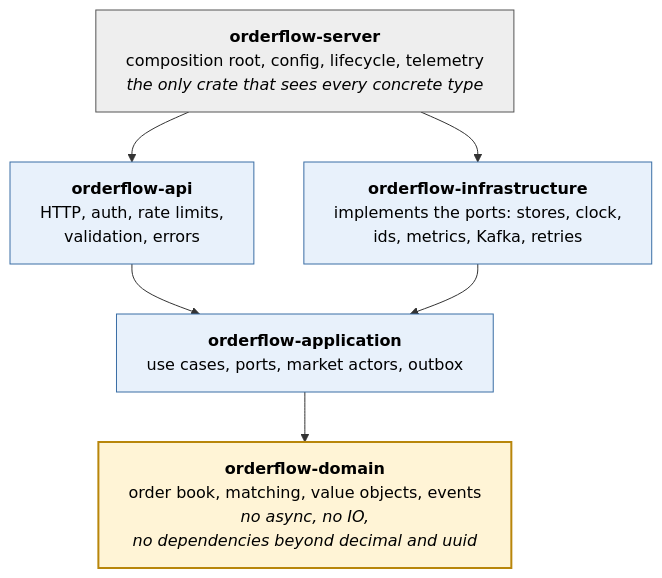
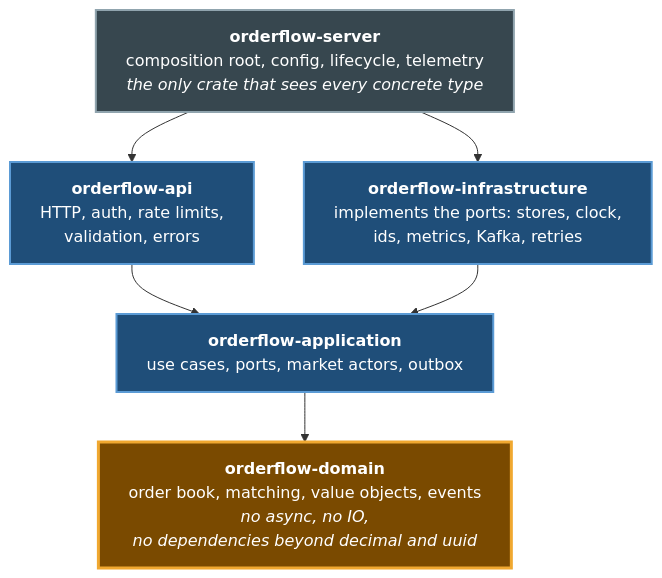
The first of 2 diagrams in README.md (davidmm07/orderflow), drawn with Mermaid before and after one commit.

Commit message:
docs: use darker, higher contrast colors in the readme dependency diagram
White text on dark fills reads at 7.5:1 or better, with bright borders for dark mode.

````diff
--- a/README.md
+++ b/README.md
@@ -141,22 +141,22 @@
 ```mermaid
 %%{init: {"flowchart": {"wrappingWidth": 400}}}%%
 flowchart TD
     server["<b>orderflow-server</b><br/>composition root, config, lifecycle, telemetry<br/><i>the only crate that sees every concrete type</i>"]
     api["<b>orderflow-api</b><br/>HTTP, auth, rate limits,<br/>validation, errors"]
     infra["<b>orderflow-infrastructure</b><br/>implements the ports: stores, clock,<br/>ids, metrics, Kafka, retries"]
     app["<b>orderflow-application</b><br/>use cases, ports, market actors, outbox"]
     domain["<b>orderflow-domain</b><br/>order book, matching, value objects, events<br/><i>no async, no IO,<br/>no dependencies beyond decimal and uuid</i>"]
 
     server --> api
     server --> infra
     api --> app
     infra --> app
     app --> domain
 
-    classDef core fill:#fff4d6,stroke:#b8860b,stroke-width:2px,color:#000
-    classDef ring fill:#e8f1fb,stroke:#3a6ea5,color:#000
-    classDef root fill:#eeeeee,stroke:#555,color:#000
+    classDef core fill:#7a4a00,stroke:#f0a830,stroke-width:3px,color:#fff
+    classDef ring fill:#1f4e79,stroke:#5b9bd5,stroke-width:2px,color:#fff
+    classDef root fill:#37474f,stroke:#90a4ae,stroke-width:2px,color:#fff
     class domain core
     class app,api,infra ring
     class server root
 ```
````
